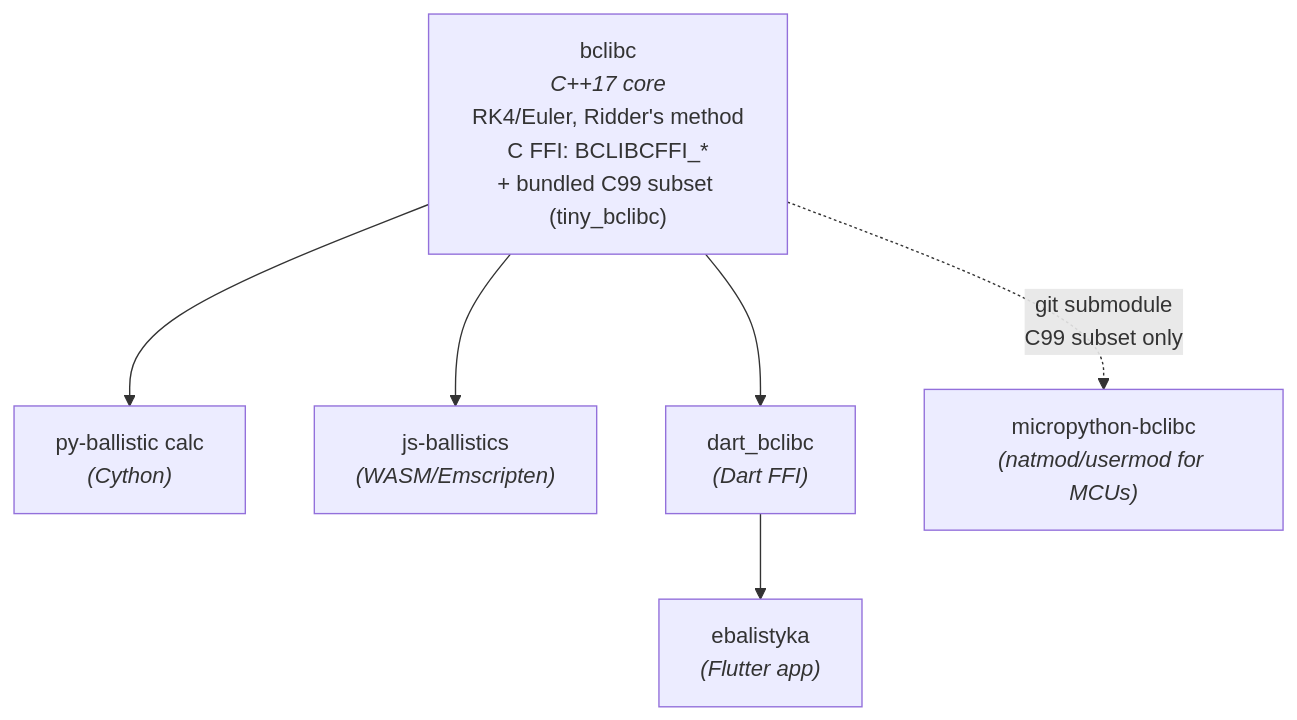
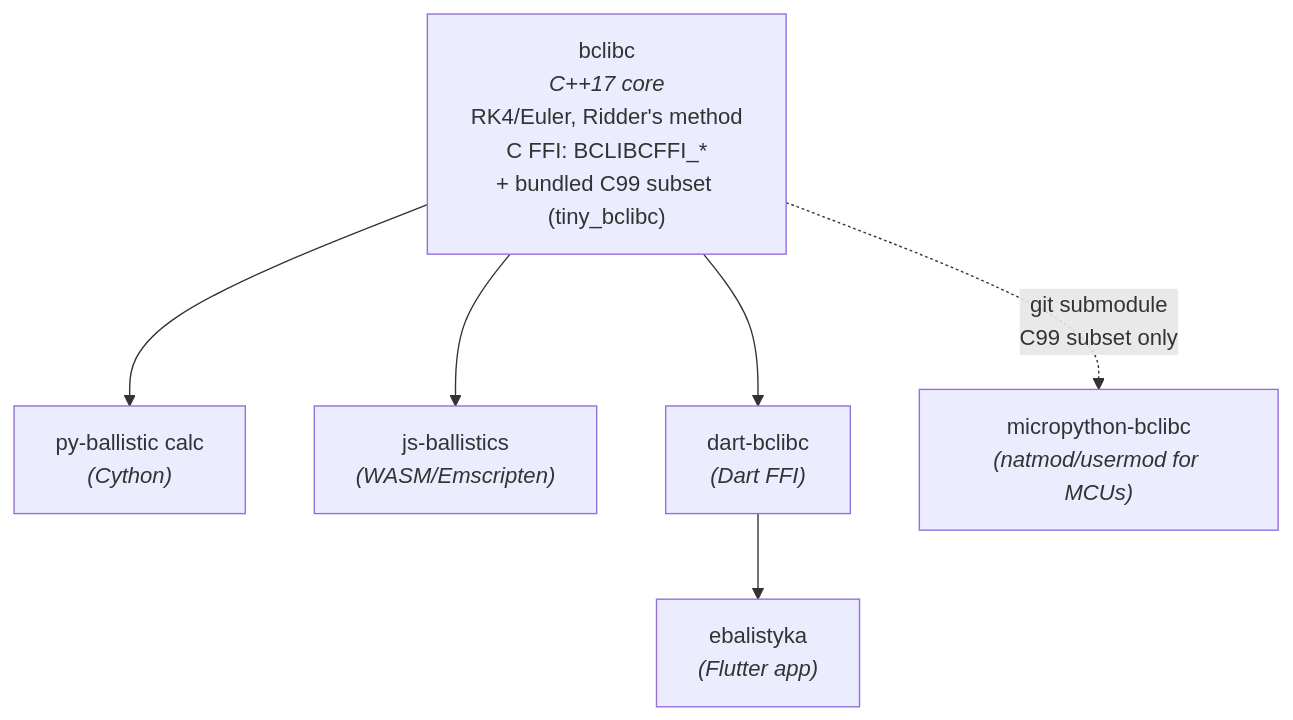
The diagram in profile/README.md (ballistics-lab/.github), drawn with Mermaid before and after one commit. The commit also changed other lines of this file, not shown here.

````diff
--- a/profile/README.md
+++ b/profile/README.md
@@ -23,10 +23,10 @@
 ```mermaid
 flowchart TD
     A["bclibc<br><i>C++17 core</i><br>RK4/Euler, Ridder's method<br>C FFI: BCLIBCFFI_*<br>+ bundled C99 subset (tiny_bclibc)"]
     
     A --> B["py-ballistic calc<br><i>(Cython)</i>"]
     A --> C["js-ballistics<br><i>(WASM/Emscripten)</i>"]
-    A --> D["dart_bclibc<br><i>(Dart FFI)</i>"]
+    A --> D["dart-bclibc<br><i>(Dart FFI)</i>"]
     A -.->|"git submodule<br>C99 subset only"| E["micropython-bclibc<br><i>(natmod/usermod for MCUs)</i>"]
     D --> F["ebalistyka<br><i>(Flutter app)</i>"]
 ```
````
